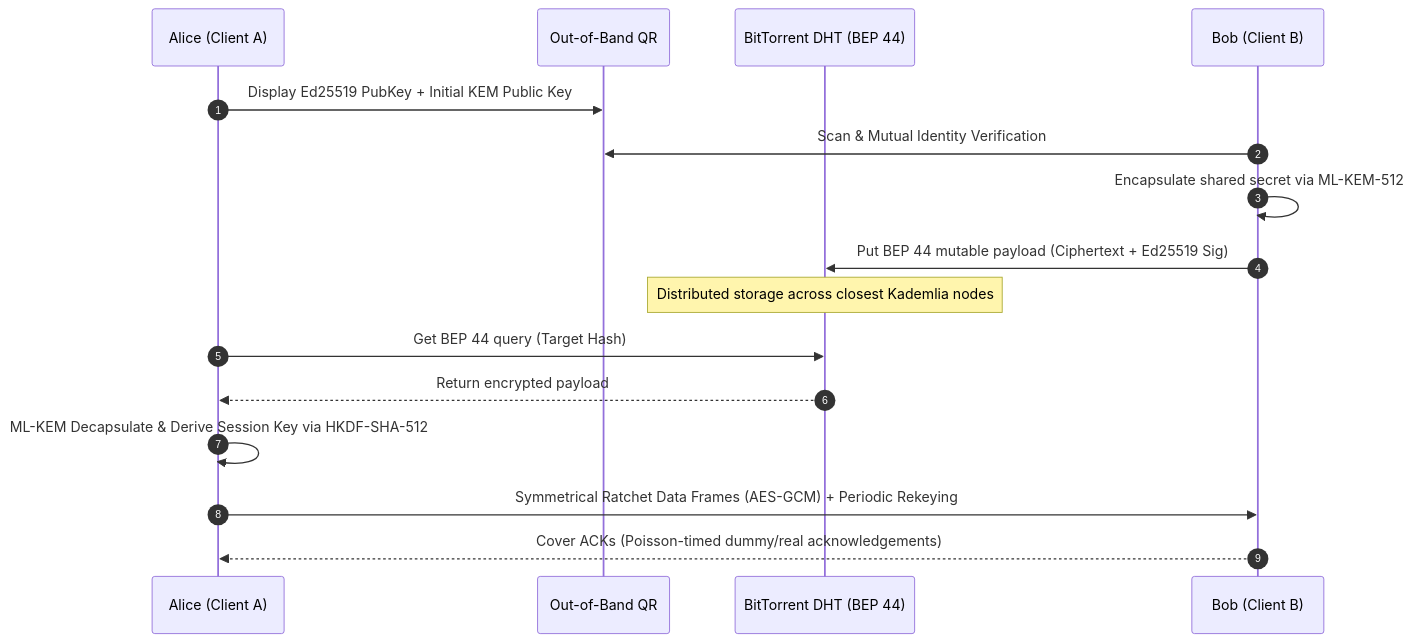
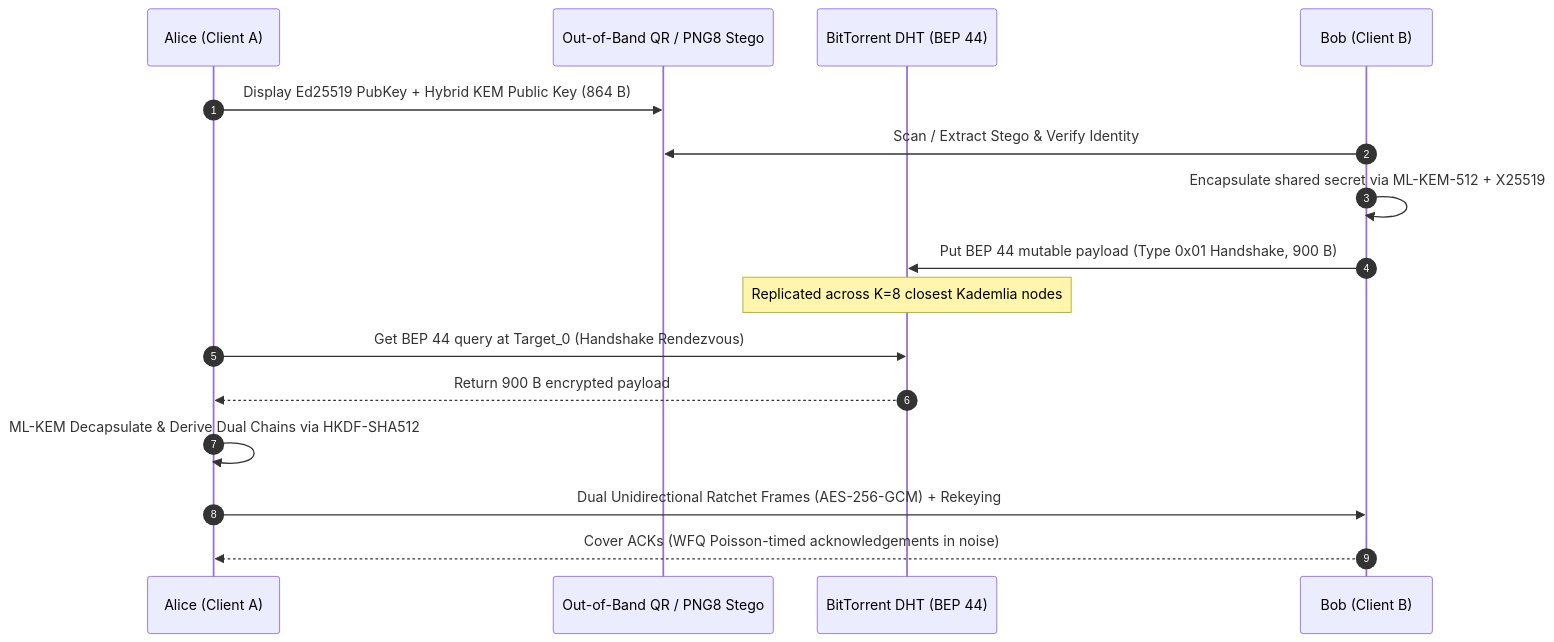
The second of 2 diagrams in README.md (mppjuro/PQChat.DHT), drawn with Mermaid before and after one commit. The commit also changed other lines of this file and 10 other files, not shown here.

````diff
--- a/README.md
+++ b/README.md
@@ -141,20 +150,19 @@
 ```mermaid
 sequenceDiagram
     autonumber
     participant Alice as Alice (Client A)
-    participant OutOfBand as Out-of-Band QR
+    participant OutOfBand as Out-of-Band QR / PNG8 Stego
     participant DHT as BitTorrent DHT (BEP 44)
     participant Bob as Bob (Client B)
 
-    Alice->>OutOfBand: Display Ed25519 PubKey + Initial KEM Public Key
-    Bob->>OutOfBand: Scan & Mutual Identity Verification
-    Bob->>Bob: Encapsulate shared secret via ML-KEM-512
-    Bob->>DHT: Put BEP 44 mutable payload (Ciphertext + Ed25519 Sig)
-    Note over DHT: Distributed storage across closest Kademlia nodes
-    Alice->>DHT: Get BEP 44 query (Target Hash)
-    DHT-->>Alice: Return encrypted payload
-    Alice->>Alice: ML-KEM Decapsulate & Derive Session Key via HKDF-SHA-512
-    Alice->>Bob: Symmetrical Ratchet Data Frames (AES-GCM) + Periodic Rekeying
-    Bob-->>Alice: Cover ACKs (Poisson-timed dummy/real acknowledgements)
-
+    Alice->>OutOfBand: Display Ed25519 PubKey + Hybrid KEM Public Key (864 B)
+    Bob->>OutOfBand: Scan / Extract Stego & Verify Identity
+    Bob->>Bob: Encapsulate shared secret via ML-KEM-512 + X25519
+    Bob->>DHT: Put BEP 44 mutable payload (Type 0x01 Handshake, 900 B)
+    Note over DHT: Replicated across K=8 closest Kademlia nodes
+    Alice->>DHT: Get BEP 44 query at Target_0 (Handshake Rendezvous)
+    DHT-->>Alice: Return 900 B encrypted payload
+    Alice->>Alice: ML-KEM Decapsulate & Derive Dual Chains via HKDF-SHA512
+    Alice->>Bob: Dual Unidirectional Ratchet Frames (AES-256-GCM) + Rekeying
+    Bob-->>Alice: Cover ACKs (WFQ Poisson-timed acknowledgements in noise)
 ```
````
